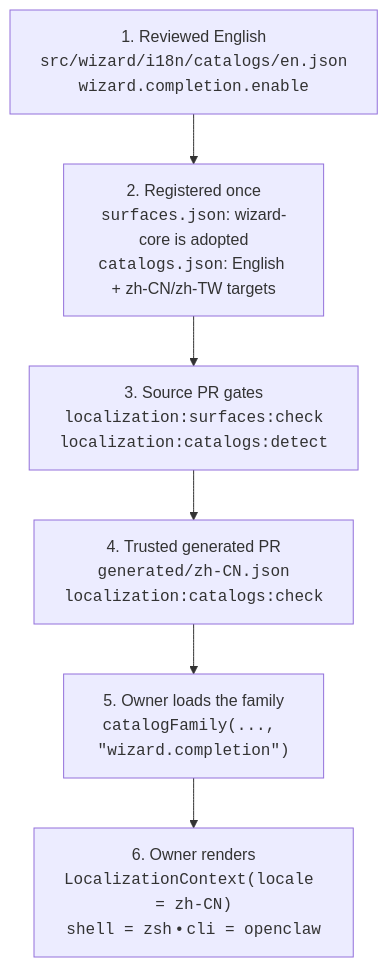
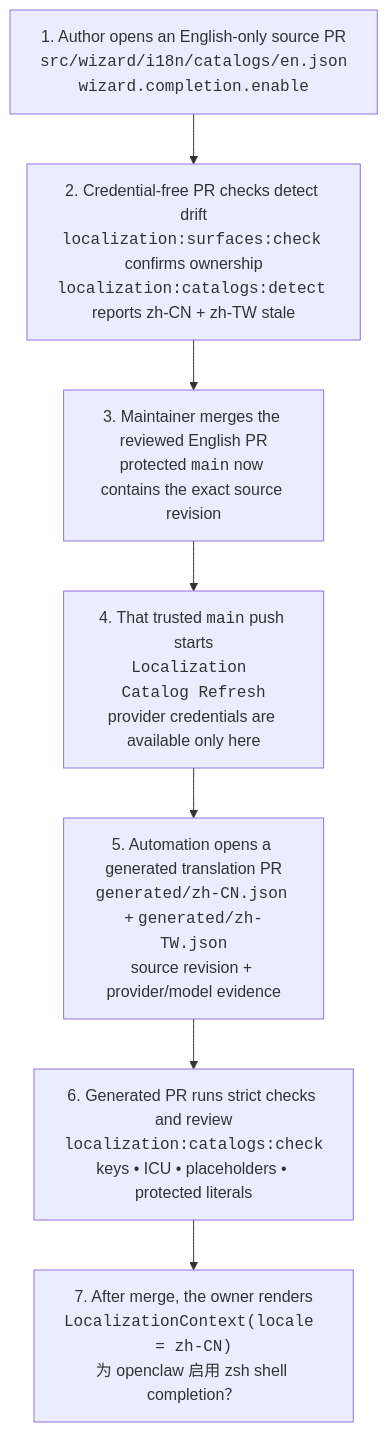
Before and after one commit to openclaw/rfcs: the second of 2 diagrams in rfcs/0024-localization-runtime-and-coverage.md, drawn with Mermaid. The commit also changed other lines of this file and 3 other files, not shown here.

Commit message:
docs(localization): show automatic translation PR handoff

````diff
--- a/rfcs/0024-localization-runtime-and-coverage.md
+++ b/rfcs/0024-localization-runtime-and-coverage.md
@@ -150,11 +150,12 @@
 ```mermaid
 flowchart TB
-  EN["1. Reviewed English<br/><code>src/wizard/i18n/catalogs/en.json</code><br/><code>wizard.completion.enable</code>"]
-  REGISTER["2. Registered once<br/><code>surfaces.json</code>: wizard-core is adopted<br/><code>catalogs.json</code>: English + zh-CN/zh-TW targets"]
-  DETECT["3. Source PR gates<br/><code>localization:surfaces:check</code><br/><code>localization:catalogs:detect</code>"]
-  REFRESH["4. Trusted generated PR<br/><code>generated/zh-CN.json</code><br/><code>localization:catalogs:check</code>"]
-  LOAD["5. Owner loads the family<br/><code>catalogFamily(..., &quot;wizard.completion&quot;)</code>"]
-  RENDER["6. Owner renders<br/><code>LocalizationContext(locale = zh-CN)</code><br/><code>shell = zsh</code> • <code>cli = openclaw</code>"]
+  EN["1. Author opens an English-only source PR<br/><code>src/wizard/i18n/catalogs/en.json</code><br/><code>wizard.completion.enable</code>"]
+  DETECT["2. Credential-free PR checks detect drift<br/><code>localization:surfaces:check</code> confirms ownership<br/><code>localization:catalogs:detect</code> reports zh-CN + zh-TW stale"]
+  MERGE["3. Maintainer merges the reviewed English PR<br/>protected <code>main</code> now contains the exact source revision"]
+  REFRESH["4. That trusted <code>main</code> push starts<br/><code>Localization Catalog Refresh</code><br/>provider credentials are available only here"]
+  GENERATED["5. Automation opens a generated translation PR<br/><code>generated/zh-CN.json</code> + <code>generated/zh-TW.json</code><br/>source revision + provider/model evidence"]
+  CHECK["6. Generated PR runs strict checks and review<br/><code>localization:catalogs:check</code><br/>keys • ICU • placeholders • protected literals"]
+  RENDER["7. After merge, the owner renders<br/><code>LocalizationContext(locale = zh-CN)</code><br/>为 openclaw 启用 zsh shell completion？"]
 
-  EN --> REGISTER --> DETECT --> REFRESH --> LOAD --> RENDER
+  EN --> DETECT --> MERGE --> REFRESH --> GENERATED --> CHECK --> RENDER
 ```
````
